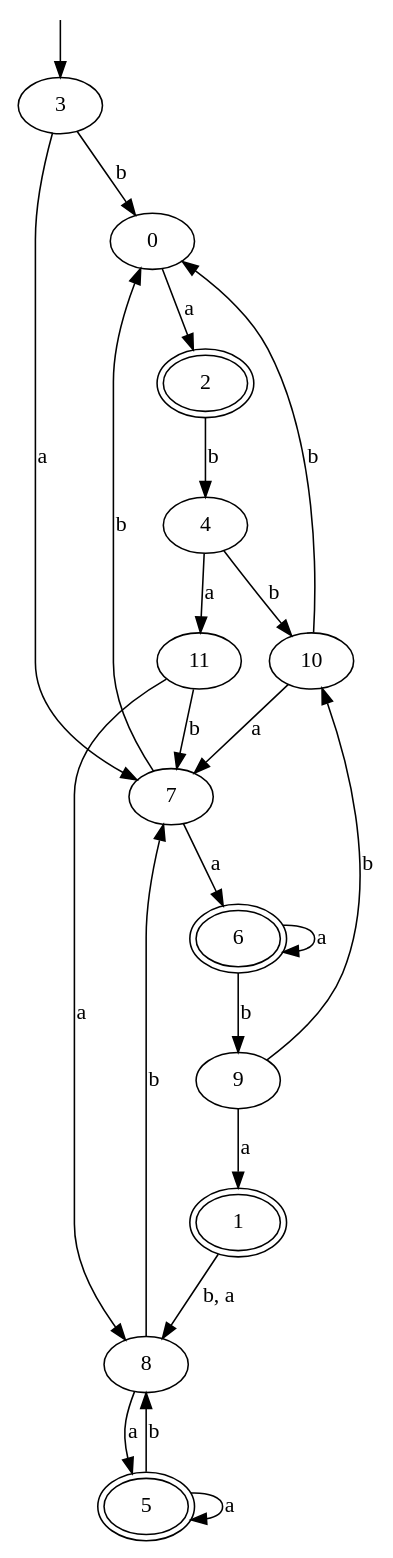
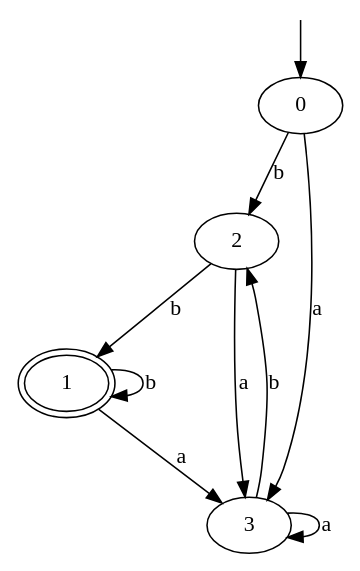
The diagram in dfa.dot (p9romain/automaton), drawn with Graphviz before and after one commit. The commit also changed 8 other files, not shown here.

```diff
--- a/dfa.dot
+++ b/dfa.dot
@@ -1,30 +1,14 @@
 digraph automaton
 {
   __INVISIBLE_NODE_0__ [label= "", shape=none,height=.0,width=.0] ;
-  __INVISIBLE_NODE_0__ -> 3 ;
-  6 [peripheries=2] ;
-  5 [peripheries=2] ;
-  2 [peripheries=2] ;
+  __INVISIBLE_NODE_0__ -> 0 ;
   1 [peripheries=2] ;
-  0 -> 2 [label="a"] ;
-  1 -> 8 [label="b, a"] ;
-  3 -> 0 [label="b"] ;
-  3 -> 7 [label="a"] ;
-  2 -> 4 [label="b"] ;
-  4 -> 10 [label="b"] ;
-  4 -> 11 [label="a"] ;
-  5 -> 5 [label="a"] ;
-  5 -> 8 [label="b"] ;
-  8 -> 5 [label="a"] ;
-  8 -> 7 [label="b"] ;
-  7 -> 0 [label="b"] ;
-  7 -> 6 [label="a"] ;
-  6 -> 6 [label="a"] ;
-  6 -> 9 [label="b"] ;
-  9 -> 1 [label="a"] ;
-  9 -> 10 [label="b"] ;
-  10 -> 0 [label="b"] ;
-  10 -> 7 [label="a"] ;
-  11 -> 8 [label="a"] ;
-  11 -> 7 [label="b"] ;
+  0 -> 2 [label="b"] ;
+  0 -> 3 [label="a"] ;
+  2 -> 1 [label="b"] ;
+  2 -> 3 [label="a"] ;
+  1 -> 1 [label="b"] ;
+  1 -> 3 [label="a"] ;
+  3 -> 2 [label="b"] ;
+  3 -> 3 [label="a"] ;
 }
```
